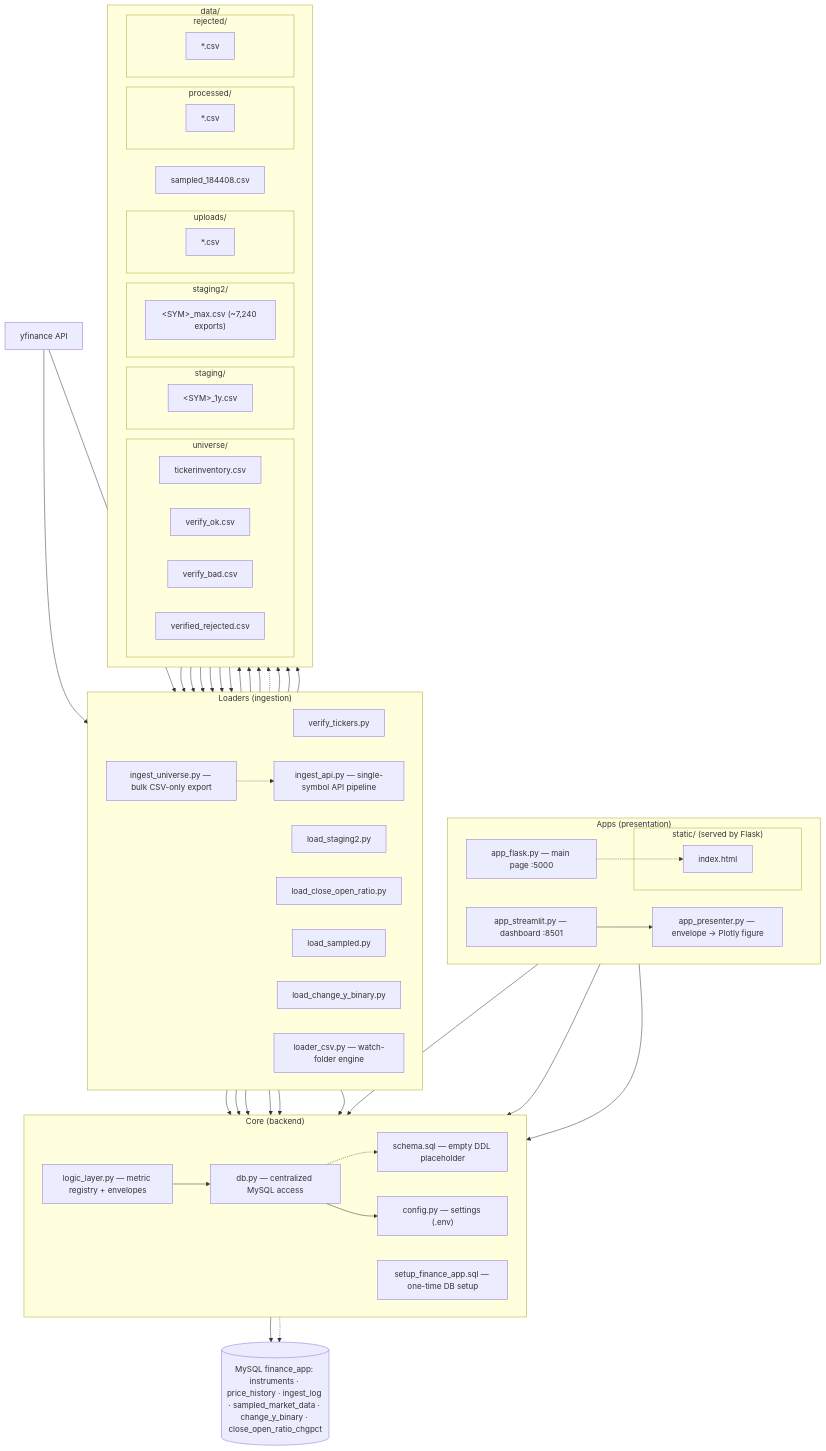
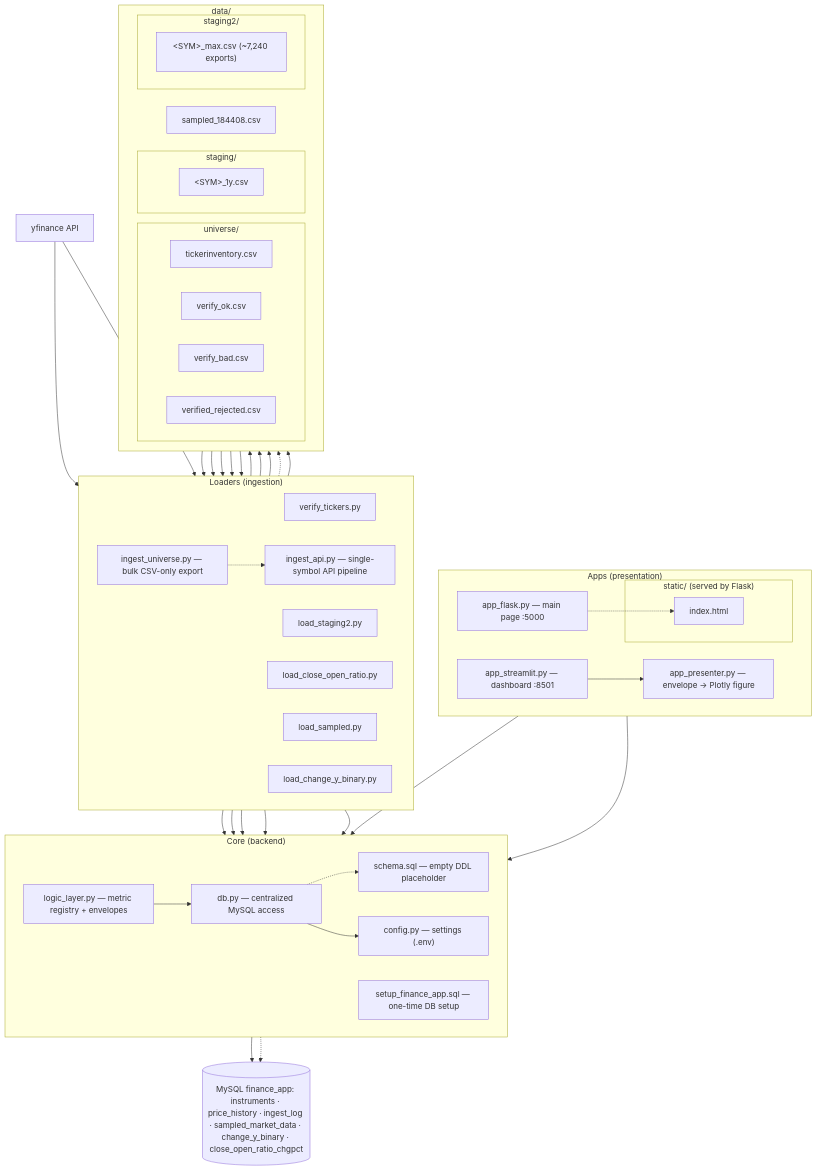
Before and after one commit to nickhsu989/AIPE04_midterm: the diagram in docs/architecture.md, drawn with Mermaid. The commit also changed other lines of this file and 8 other files, not shown here.

````diff
--- a/docs/architecture.md
+++ b/docs/architecture.md
@@ -27,7 +27,6 @@
         lratio["load_close_open_ratio.py"]
         lsam["load_sampled.py"]
         lbin["load_change_y_binary.py"]
-        lc["loader_csv.py — watch-folder engine"]
     end
     subgraph CORE["Core (backend)"]
         direction LR
@@ -52,15 +51,6 @@
         subgraph STAG2["staging2/"]
             s2["&lt;SYM&gt;_max.csv (~7,240 exports)"]
         end
-        subgraph UP["uploads/"]
-            up["*.csv"]
-        end
-        subgraph PROC["processed/"]
-            prc["*.csv"]
-        end
-        subgraph REJ["rejected/"]
-            rj["*.csv"]
-        end
     end
     yf["yfinance API"]
     mysql[("MySQL finance_app: instruments · price_history · ingest_log · sampled_market_data · change_y_binary · close_open_ratio_chgpct")]
@@ -69,7 +59,6 @@
     yf --> api
     smp --> lsam
     smp --> lbin
-    up --> lc
     v --> vok
     v --> vbad
     vok --> u
@@ -79,14 +68,11 @@
     l2 -.-> rej2
     u -.-> api
     api --> stg
-    lc --> prc
-    lc --> rj
     l2 --> db
     lratio --> db
     lsam --> db
     lbin --> db
     api --> db
-    lc --> db
     db --> mysql
     setup -.-> mysql
     db -.-> sch
@@ -95,6 +81,5 @@
     fl --> ll
     sl --> ll
     sl --> pres
-    sl --> db
     fl -.-> idx
 ```
````
